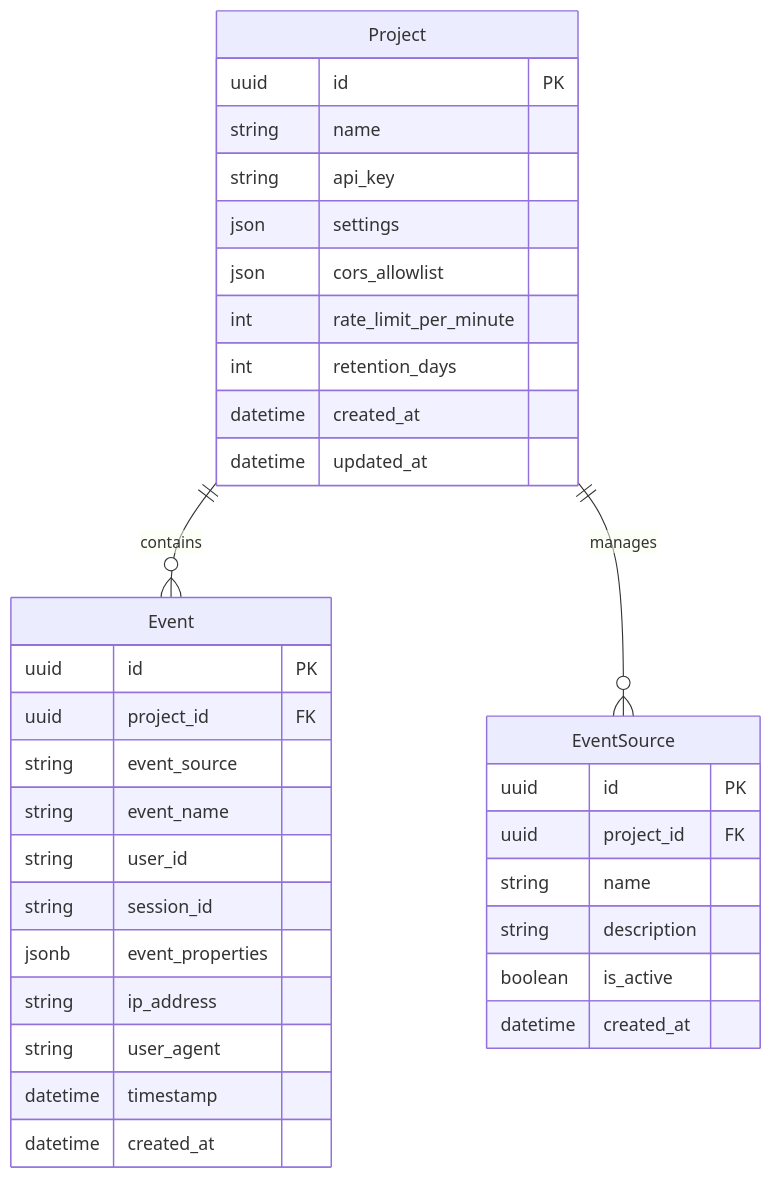
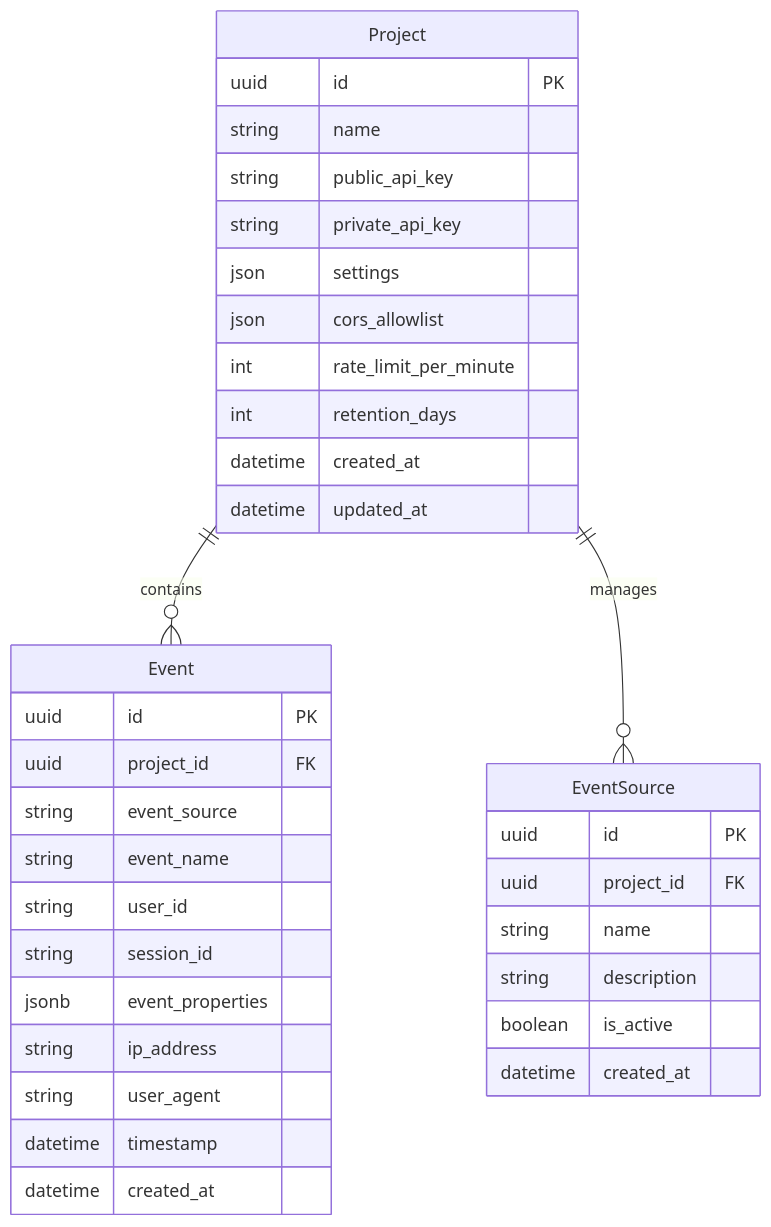
Before and after one commit to andrewm4894/simple-analytics: the third of 6 diagrams in ARCHITECTURE.md, drawn with Mermaid. The commit also changed other lines of this file and 2 other files, not shown here.

````diff
--- a/ARCHITECTURE.md
+++ b/ARCHITECTURE.md
@@ -55,40 +55,41 @@
 ```mermaid
 erDiagram
     Project {
         uuid id PK
         string name
-        string api_key
+        string public_api_key
+        string private_api_key
         json settings
         json cors_allowlist
         int rate_limit_per_minute
         int retention_days
         datetime created_at
         datetime updated_at
     }
     
     Event {
         uuid id PK
         uuid project_id FK
         string event_source
         string event_name
         string user_id
         string session_id
         jsonb event_properties
         string ip_address
         string user_agent
         datetime timestamp
         datetime created_at
     }
     
     EventSource {
         uuid id PK
         uuid project_id FK
         string name
         string description
         boolean is_active
         datetime created_at
     }
     
     Project ||--o{ Event : contains
     Project ||--o{ EventSource : manages
 ```
````
